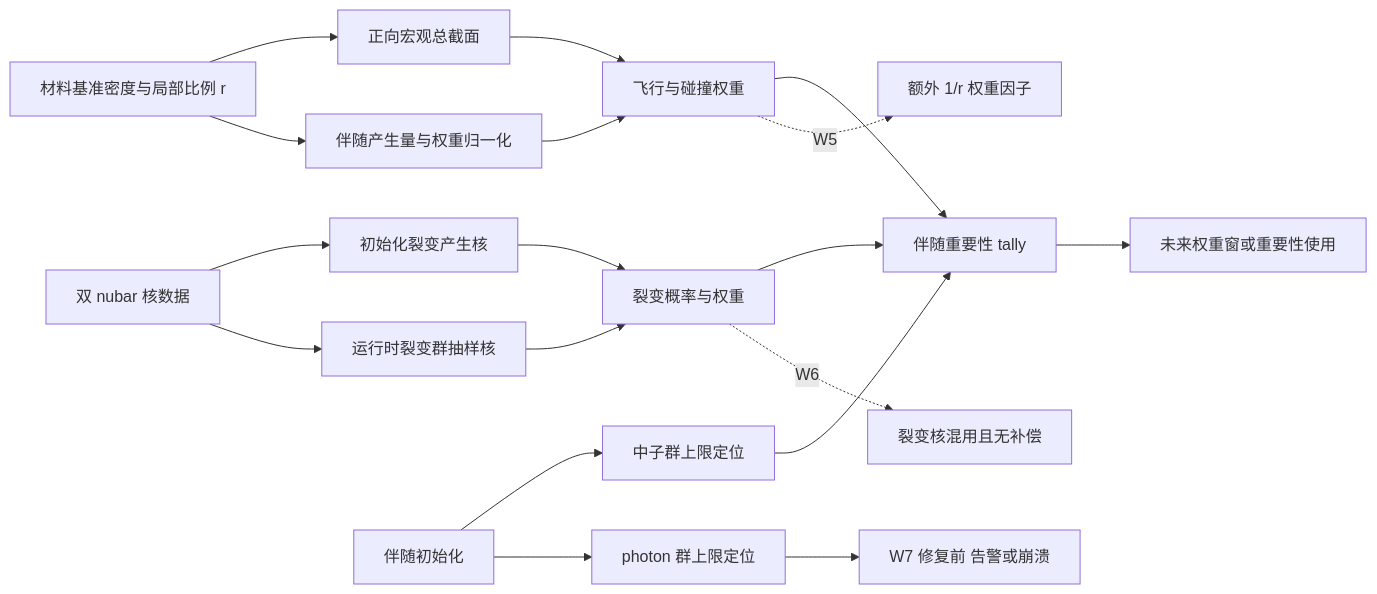
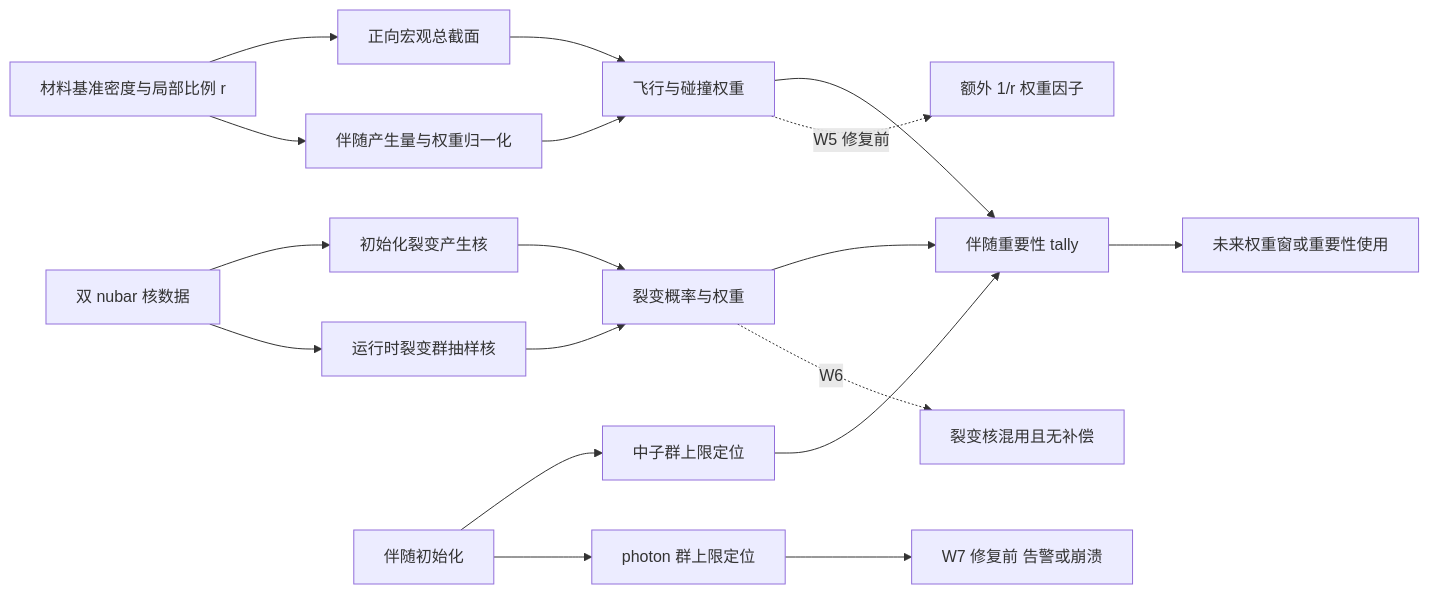
The fourth of 6 diagrams in MLVR_Physics_Guide/01_RMC多群伴随输运/02_流程图与时序图.md (Silver-Zhang/AI_MC_WW_interation), drawn with Mermaid before and after one commit. The commit also changed other lines of this file and 30 other files, not shown here.

````diff
--- a/MLVR_Physics_Guide/01_RMC多群伴随输运/02_流程图与时序图.md
+++ b/MLVR_Physics_Guide/01_RMC多群伴随输运/02_流程图与时序图.md
@@ -123,20 +123,20 @@
 ```mermaid
 flowchart LR
     A[材料基准密度与局部比例 r] --> B[正向宏观总截面]
     A --> C[伴随产生量与权重归一化]
     B --> D[飞行与碰撞权重]
     C --> D
     E[双 nubar 核数据] --> F[初始化裂变产生核]
     E --> G[运行时裂变群抽样核]
     F --> H[裂变概率与权重]
     G --> H
     I[伴随初始化] --> J[中子群上限定位]
     I --> K[photon 群上限定位]
     D --> L[伴随重要性 tally]
     H --> L
     J --> L
     K --> X[W7 修复前 告警或崩溃]
-    D -. W5 .-> Y[额外 1/r 权重因子]
+    D -. W5 修复前 .-> Y[额外 1/r 权重因子]
     H -. W6 .-> Z[裂变核混用且无补偿]
     L --> W[未来权重窗或重要性使用]
 ```
````
